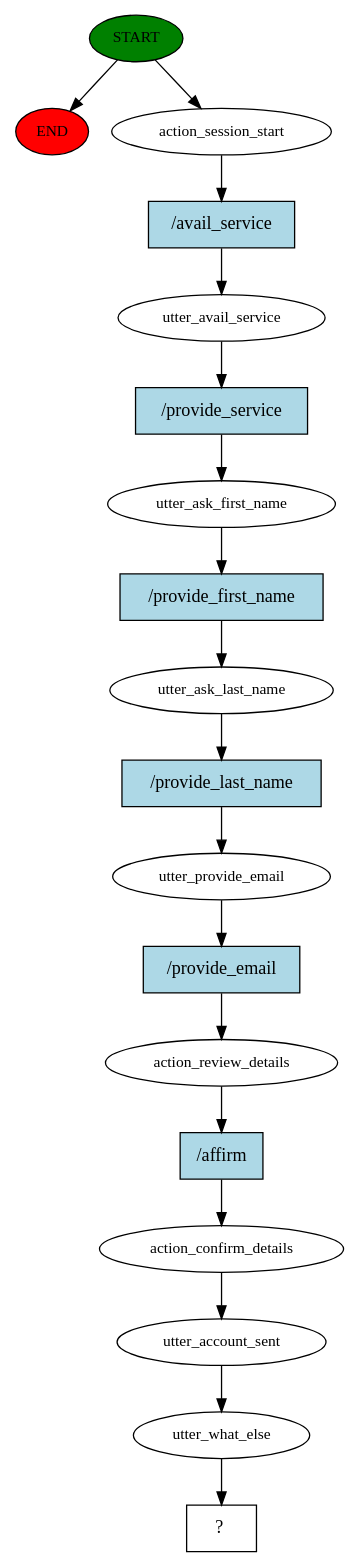
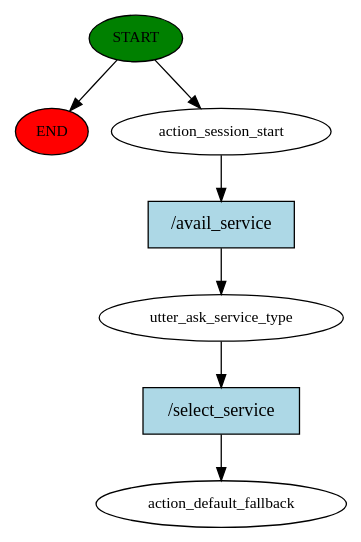
The diagram in LIRA Chatbot/story_graph.dot (kazeulo/TUKIB), drawn with Graphviz before and after one commit. The commit also changed 106 other files, not shown here.

```diff
--- a/LIRA Chatbot/story_graph.dot
+++ b/LIRA Chatbot/story_graph.dot
@@ -1,37 +1,15 @@
 digraph  {
 0 [class="start active", fillcolor=green, fontsize=12, label=START, style=filled];
 "-1" [class=end, fillcolor=red, fontsize=12, label=END, style=filled];
 1 [class=active, fontsize=12, label=action_session_start];
-2 [class=active, fontsize=12, label=utter_avail_service];
-3 [class=active, fontsize=12, label=utter_ask_first_name];
-4 [class=active, fontsize=12, label=utter_ask_last_name];
-5 [class=active, fontsize=12, label=utter_provide_email];
-6 [class=active, fontsize=12, label=action_review_details];
-7 [class=active, fontsize=12, label=action_confirm_details];
-8 [class=active, fontsize=12, label=utter_account_sent];
-9 [class=active, fontsize=12, label=utter_what_else];
-10 [class="intent dashed active", label="  ?  ", shape=rect];
-11 [class="intent active", fillcolor=lightblue, label="/avail_service", shape=rect, style=filled];
-12 [class="intent active", fillcolor=lightblue, label="/provide_service", shape=rect, style=filled];
-13 [class="intent active", fillcolor=lightblue, label="/provide_first_name", shape=rect, style=filled];
-14 [class="intent active", fillcolor=lightblue, label="/provide_last_name", shape=rect, style=filled];
-15 [class="intent active", fillcolor=lightblue, label="/provide_email", shape=rect, style=filled];
-16 [class="intent active", fillcolor=lightblue, label="/affirm", shape=rect, style=filled];
+2 [class=active, fontsize=12, label=utter_ask_service_type];
+3 [class="dashed active", fontsize=12, label=action_default_fallback];
+4 [class="intent active", fillcolor=lightblue, label="/avail_service", shape=rect, style=filled];
+5 [class="intent active", fillcolor=lightblue, label="/select_service", shape=rect, style=filled];
 0 -> "-1"  [class="", key=NONE, label=""];
 0 -> 1  [class=active, key=NONE, label=""];
-1 -> 11  [class=active, key=0];
-2 -> 12  [class=active, key=0];
-3 -> 13  [class=active, key=0];
-4 -> 14  [class=active, key=0];
-5 -> 15  [class=active, key=0];
-6 -> 16  [class=active, key=0];
-7 -> 8  [class=active, key=NONE, label=""];
-8 -> 9  [class=active, key=NONE, label=""];
-9 -> 10  [class=active, key=NONE, label=""];
-11 -> 2  [class=active, key=0];
-12 -> 3  [class=active, key=0];
-13 -> 4  [class=active, key=0];
-14 -> 5  [class=active, key=0];
-15 -> 6  [class=active, key=0];
-16 -> 7  [class=active, key=0];
+1 -> 4  [class=active, key=0];
+2 -> 5  [class=active, key=0];
+4 -> 2  [class=active, key=0];
+5 -> 3  [class=active, key=0];
 }
```
